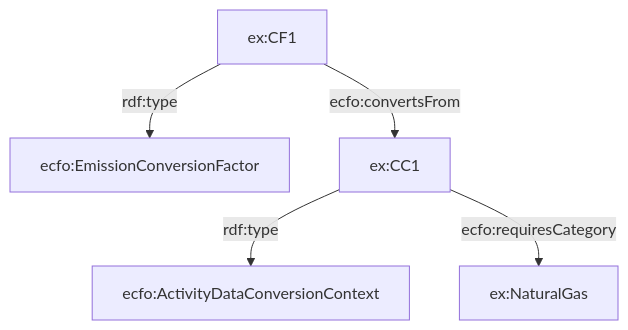
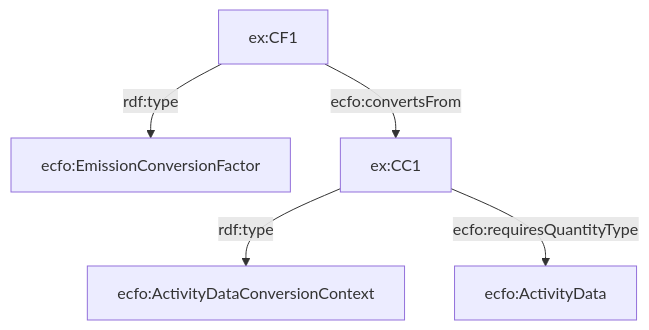
The sixth of 8 diagrams in development/doc.md (TEC-Toolkit/ECFO), drawn with Mermaid before and after one commit. The commit also changed other lines of this file, not shown here.

````diff
--- a/development/doc.md
+++ b/development/doc.md
@@ -110,13 +110,13 @@
 ```mermaid
 graph TD
     CF[ecfo:EmissionConversionFactor]
     CE[ecfo:ActivityDataConversionContext]
-    EX[ex:NaturalGas]
+    EX[ecfo:ActivityData]
     EX1[ex:CF1]
     EX2[ex:CC1]
 
  EX1 -- "rdf:type" --> CF
   EX2 -- "rdf:type" --> CE
     EX1 -- "ecfo:convertsFrom" --> EX2
-    EX2 -- "ecfo:requiresCategory" -->  EX
+    EX2 -- "ecfo:requiresQuantityType" -->  EX
 ```
````
